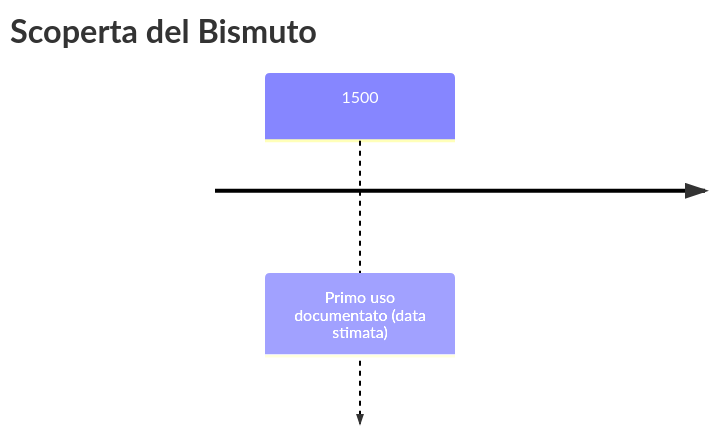
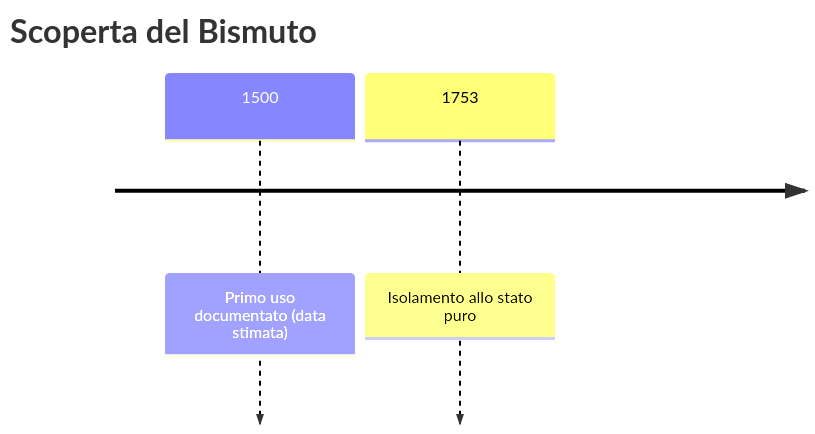
The first of 3 diagrams in vault/Elementi/Bismuto.md (gianlucaciarcelluti/elements-caos), drawn with Mermaid before and after one commit. The commit also changed other lines of this file and 11 other files, not shown here.

````diff
--- a/vault/Elementi/Bismuto.md
+++ b/vault/Elementi/Bismuto.md
@@ -28,5 +28,6 @@
 ```mermaid
 timeline
     title Scoperta del Bismuto
     1500 : Primo uso documentato (data stimata)
+    1753 : Isolamento allo stato puro
 ```
````
